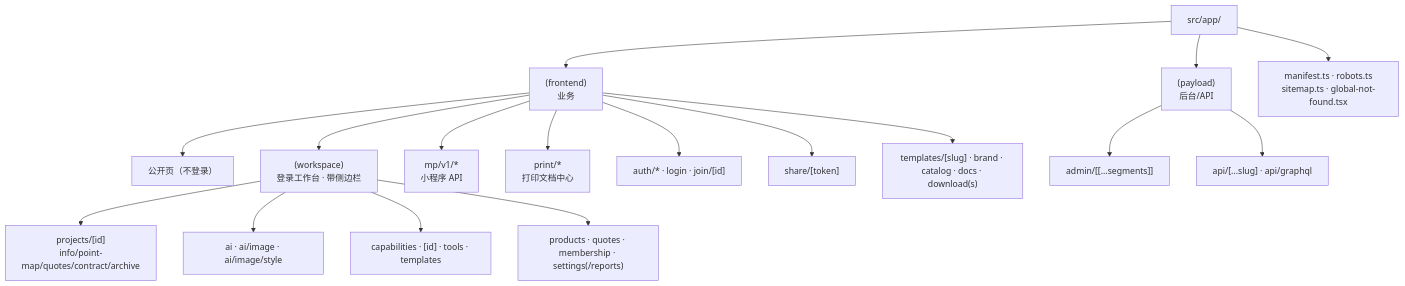
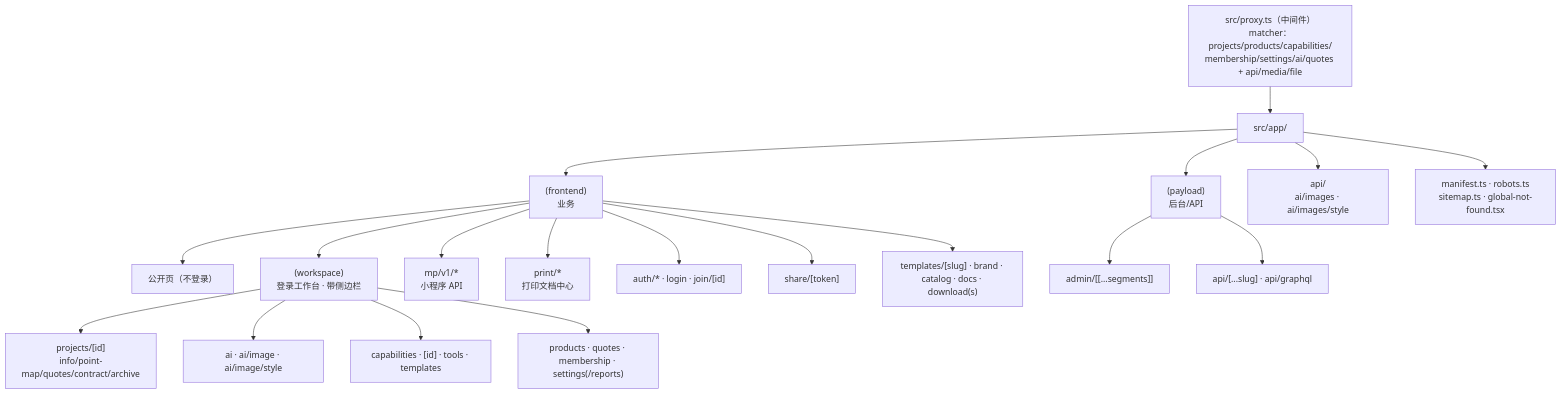
The second of 5 diagrams in ARCHITECTURE-MAP.md (Nooonnneee/fmkj-figma-smart-design), drawn with Mermaid before and after one commit. The commit also changed other lines of this file, not shown here.

First line of the commit message:
docs: 修正 ARCHITECTURE-MAP 复核问题并补齐 proxy/globals/migrations/api 层

````diff
--- a/ARCHITECTURE-MAP.md
+++ b/ARCHITECTURE-MAP.md
@@ -107,24 +172,28 @@
 ```mermaid
 flowchart TB
+  PROXY["src/proxy.ts（中间件）<br/>matcher：projects/products/capabilities/<br/>membership/settings/ai/quotes + api/media/file"]
   ROOT["src/app/"]
+
+  PROXY --> ROOT
 
   ROOT --> FE["(frontend)<br/>业务"]
   ROOT --> PY["(payload)<br/>后台/API"]
+  ROOT --> TOPAPI["api/<br/>ai/images · ai/images/style"]
   ROOT --> META["manifest.ts · robots.ts<br/>sitemap.ts · global-not-found.tsx"]
 
   FE --> PUBLIC["公开页（不登录）"]
   FE --> WS["(workspace)<br/>登录工作台 · 带侧边栏"]
   FE --> MP["mp/v1/*<br/>小程序 API"]
   FE --> PRINT["print/*<br/>打印文档中心"]
   FE --> AUTH["auth/* · login · join/[id]"]
   FE --> SHARE["share/[token]"]
   FE --> TPL["templates/[slug] · brand · catalog · docs · download(s)"]
 
   WS --> CORE["projects/[id]<br/>info/point-map/quotes/contract/archive"]
   WS --> AI["ai · ai/image · ai/image/style"]
   WS --> CAP["capabilities · [id] · tools · templates"]
   WS --> MISC["products · quotes · membership · settings(/reports)"]
 
   PY --> ADMIN["admin/[[...segments]]"]
   PY --> API["api/[...slug] · api/graphql"]
 ```
````
